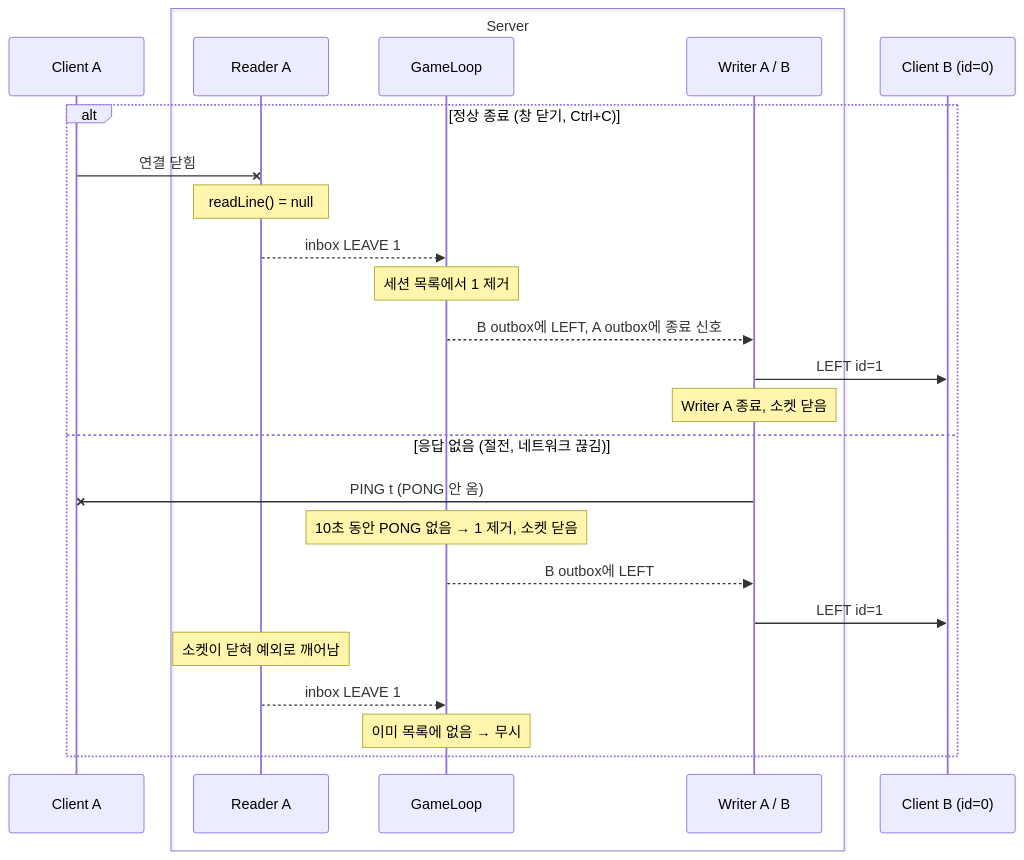
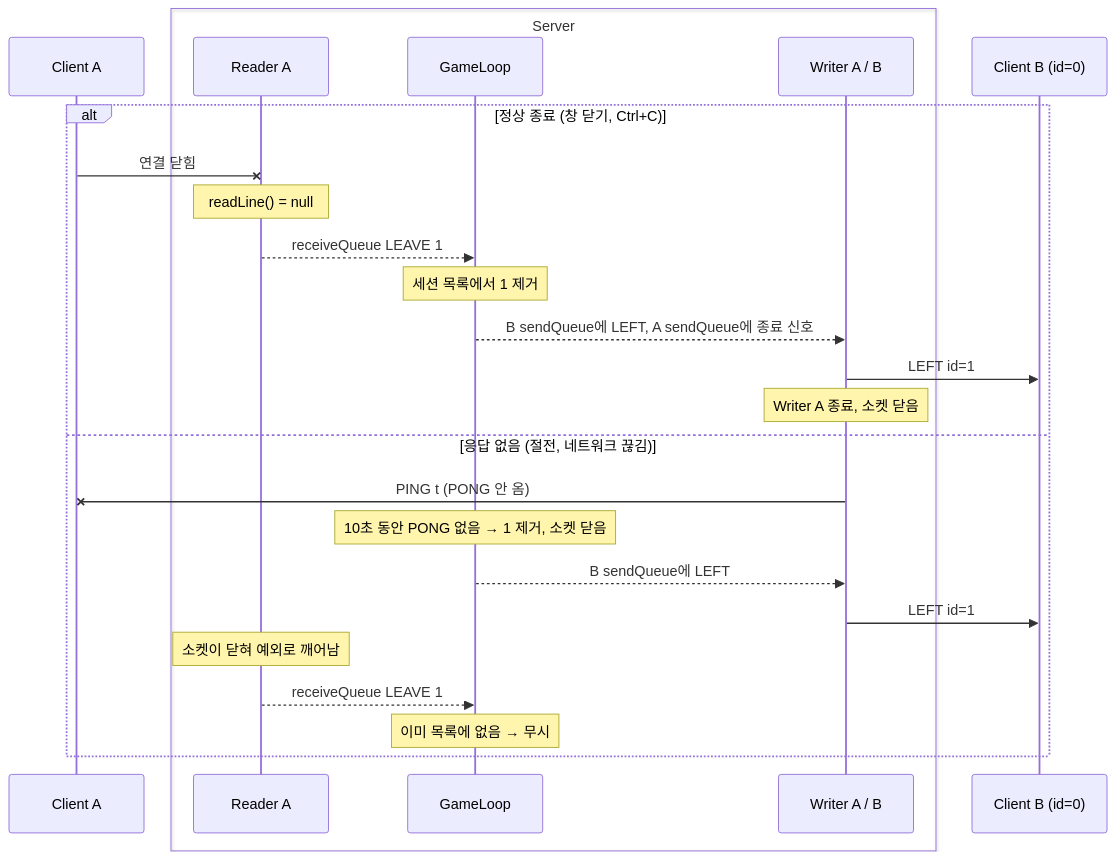
The second of 2 diagrams in docs/thread-diagram/v1/protocol.md (networkMinigame/minigame), drawn with Mermaid before and after one commit. The commit also changed other lines of this file and 9 other files, not shown here.

````diff
--- a/docs/thread-diagram/v1/protocol.md
+++ b/docs/thread-diagram/v1/protocol.md
@@ -49,28 +49,28 @@
 ```mermaid
 sequenceDiagram
     participant A as Client A
     box Server
         participant RA as Reader A
         participant GL as GameLoop
         participant SQ as Writer A / B
     end
     participant B as Client B (id=0)
 
     alt 정상 종료 (창 닫기, Ctrl+C)
         A-xRA: 연결 닫힘
         Note over RA: readLine() = null
-        RA-->>GL: inbox LEAVE 1
+        RA-->>GL: receiveQueue LEAVE 1
         Note over GL: 세션 목록에서 1 제거
-        GL-->>SQ: B outbox에 LEFT, A outbox에 종료 신호
+        GL-->>SQ: B sendQueue에 LEFT, A sendQueue에 종료 신호
         SQ->>B: LEFT id=1
         Note over SQ: Writer A 종료, 소켓 닫음
     else 응답 없음 (절전, 네트워크 끊김)
         SQ-xA: PING t (PONG 안 옴)
         Note over GL: 10초 동안 PONG 없음 → 1 제거, 소켓 닫음
-        GL-->>SQ: B outbox에 LEFT
+        GL-->>SQ: B sendQueue에 LEFT
         SQ->>B: LEFT id=1
         Note over RA: 소켓이 닫혀 예외로 깨어남
-        RA-->>GL: inbox LEAVE 1
+        RA-->>GL: receiveQueue LEAVE 1
         Note over GL: 이미 목록에 없음 → 무시
     end
 ```
````
